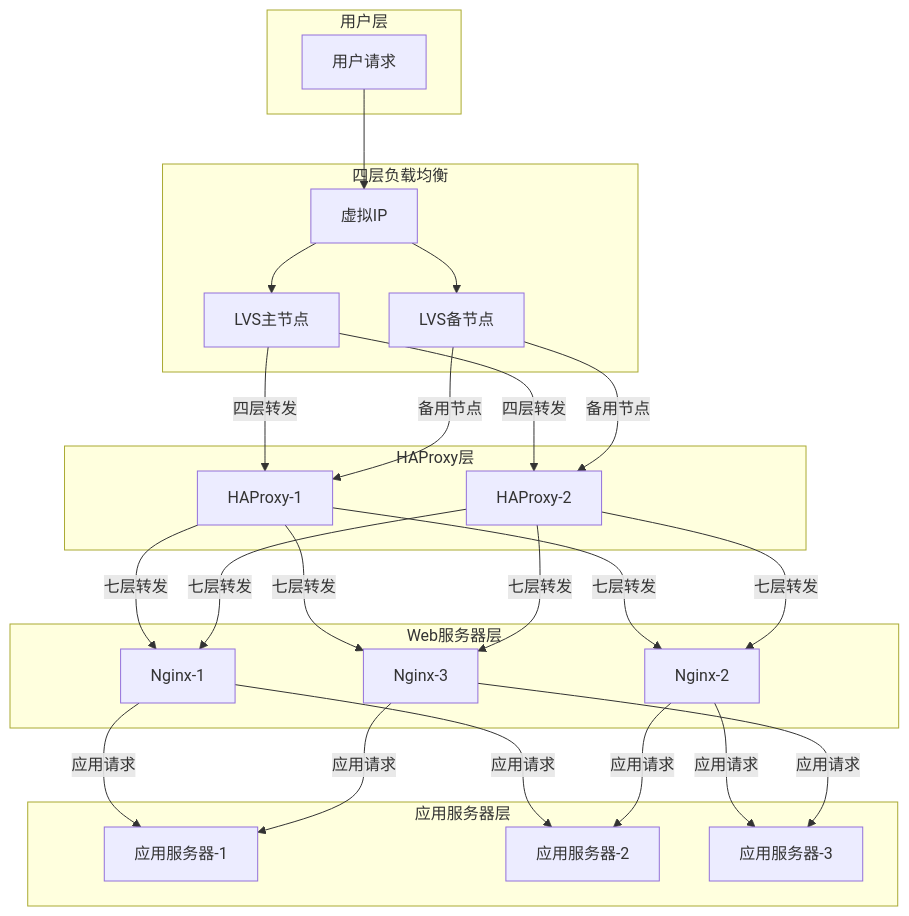
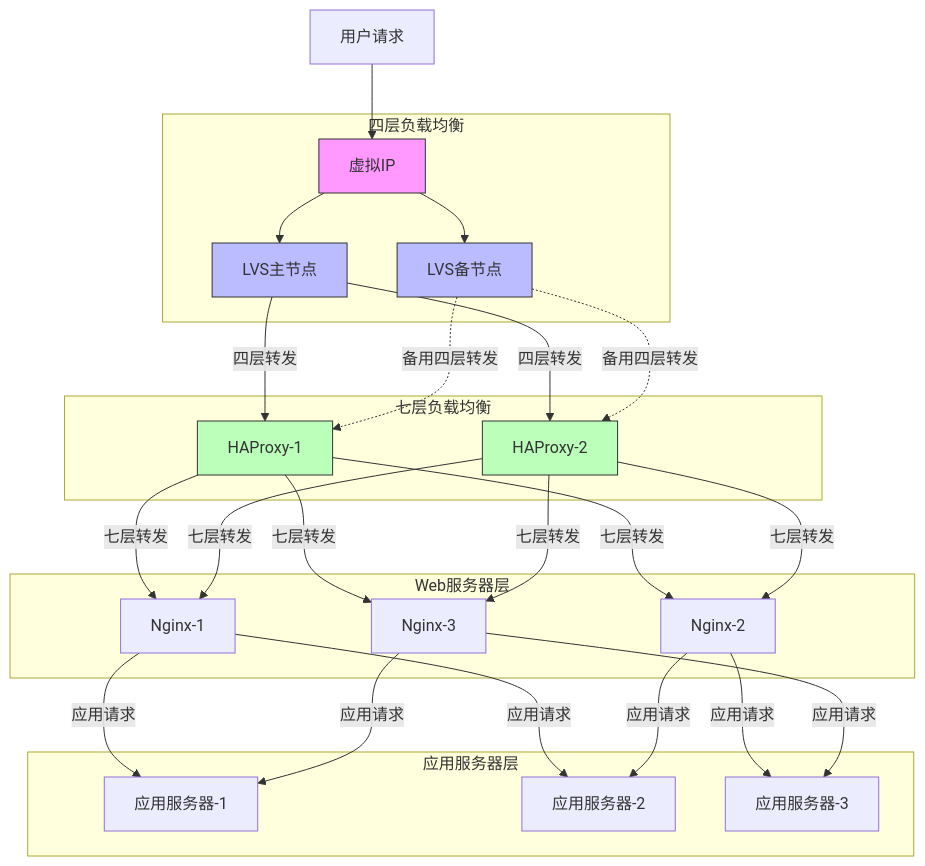
The first of 2 diagrams in Linux基础服务/day6-HAProxy.md (Tender-Liu/LinuxDevOps), drawn with Mermaid before and after one commit.

Commit message:
python函数编程与haproxy教学

````diff
--- a/Linux基础服务/day6-HAProxy.md
+++ b/Linux基础服务/day6-HAProxy.md
@@ -85,49 +85,63 @@
 ```mermaid
 flowchart TB
-    subgraph 用户层
-        Client[用户请求]
+    Client[用户请求]
+
+    VIP[虚拟IP]
+    LVS1[LVS主节点]
+    LVS2[LVS备节点]
+
+    HA1[HAProxy-1]
+    HA2[HAProxy-2]
+
+    N1[Nginx-1]
+    N2[Nginx-2]
+    N3[Nginx-3]
+
+    A1[应用服务器-1]
+    A2[应用服务器-2]
+    A3[应用服务器-3]
+
+    Client --> VIP
+    VIP --> LVS1 & LVS2
+    LVS1 -->|四层转发| HA1 & HA2
+    LVS2 -.->|备用四层转发| HA1 & HA2
+    HA1 -->|七层转发| N1 & N2 & N3
+    HA2 -->|七层转发| N1 & N2 & N3
+    N1 -->|应用请求| A1 & A2
+    N2 -->|应用请求| A2 & A3
+    N3 -->|应用请求| A1 & A3
+
+    style VIP fill:#f9f,stroke:#333
+    style LVS1 fill:#bbf,stroke:#333
+    style LVS2 fill:#bbf,stroke:#333
+    style HA1 fill:#bfb,stroke:#333
+    style HA2 fill:#bfb,stroke:#333
+
+    %% 添加说明标签
+    classDef labelStyle fill:#fff,stroke:none
+    class label labelStyle
+
+    subgraph 四层负载均衡
+        LVS1
+        LVS2
+        VIP
     end
 
-    subgraph 四层负载均衡
-        LVS1[LVS主节点]
-        LVS2[LVS备节点]
-        VIP[虚拟IP]
-    end
-
-    subgraph HAProxy层
-        HA1[HAProxy-1]
-        HA2[HAProxy-2]
+    subgraph 七层负载均衡
+        HA1
+        HA2
     end
 
     subgraph Web服务器层
-        N1[Nginx-1]
-        N2[Nginx-2]
-        N3[Nginx-3]
+        N1
+        N2
+        N3
     end
 
     subgraph 应用服务器层
-        A1[应用服务器-1]
-        A2[应用服务器-2]
-        A3[应用服务器-3]
+        A1
+        A2
+        A3
     end
 
-    Client --> VIP
-    VIP --> LVS1
-    VIP --> LVS2
-    LVS1 -->|四层转发| HA1
-    LVS1 -->|四层转发| HA2
-    LVS2 -->|备用节点| HA1
-    LVS2 -->|备用节点| HA2
-    HA1 -->|七层转发| N1
-    HA1 -->|七层转发| N2
-    HA1 -->|七层转发| N3
-    HA2 -->|七层转发| N1
-    HA2 -->|七层转发| N2
-    HA2 -->|七层转发| N3
-    N1 -->|应用请求| A1
-    N1 -->|应用请求| A2
-    N2 -->|应用请求| A2
-    N2 -->|应用请求| A3
-    N3 -->|应用请求| A1
-    N3 -->|应用请求| A3
 ```
````
